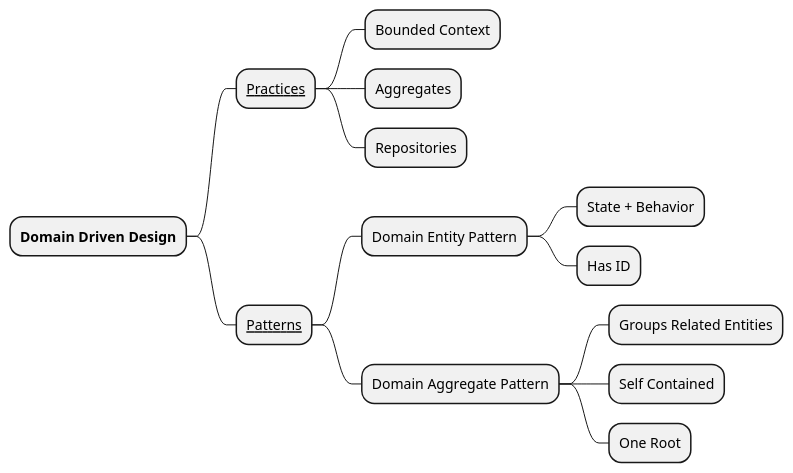
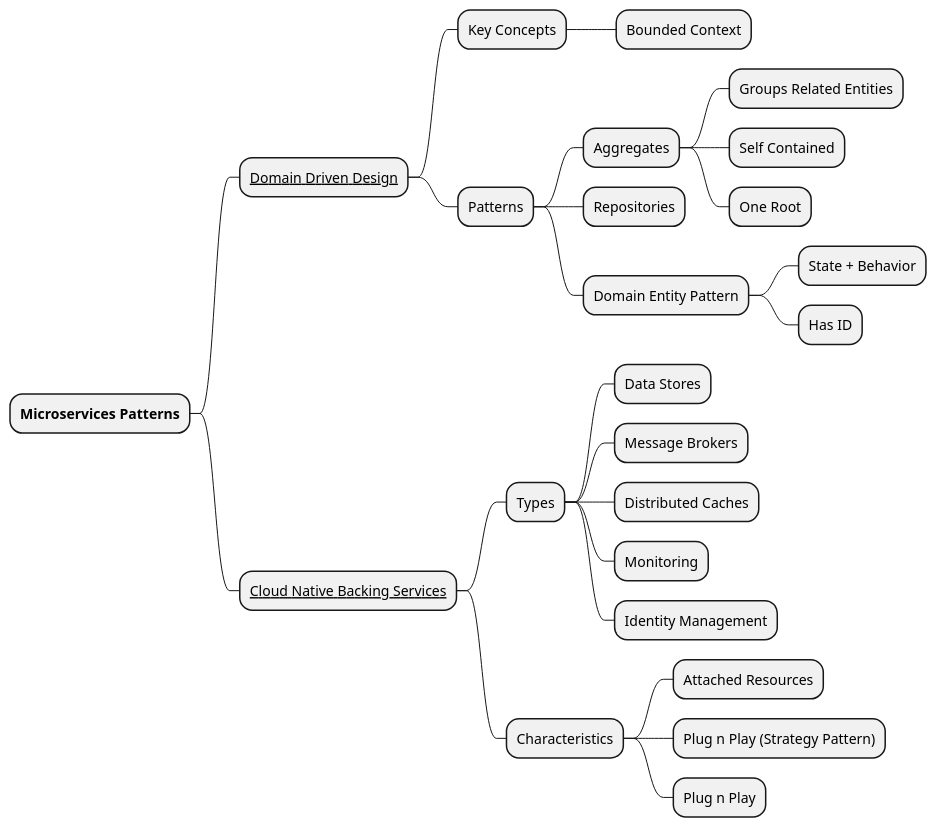
One commit to Piotr1215/microservices-architecture changed the diagram in resources/ddd-patterns.puml. Above: the diagram before and after it, drawn with PlantUML. The commit also changed 1 other file, not shown here.

Commit message:
microservices patterns

```diff
--- a/resources/ddd-patterns.puml
+++ b/resources/ddd-patterns.puml
@@ -1,18 +1,30 @@
 @startmindmap DDD Patterns
-* **Domain Driven Design**
+* **Microservices Patterns**
 
-** __Practices__
-*** Bounded Context
-*** Aggregates
-*** Repositories
+** __Domain Driven Design__
+*** Key Concepts
+**** Bounded Context
+*** Patterns
+**** Aggregates
+***** Groups Related Entities
+***** Self Contained
+***** One Root
+**** Repositories
+**** Domain Entity Pattern
+***** State + Behavior
+***** Has ID
 
-** __Patterns__
-*** Domain Entity Pattern
-**** State + Behavior
-**** Has ID
 
-*** Domain Aggregate Pattern
-**** Groups Related Entities
-**** Self Contained
-**** One Root
+** __Cloud Native Backing Services__
+*** Types
+**** Data Stores
+**** Message Brokers
+**** Distributed Caches
+**** Monitoring
+**** Identity Management
+*** Characteristics
+**** Attached Resources
+**** Plug n Play (Strategy Pattern)
+**** Plug n Play
+
 @endmindmap
```
